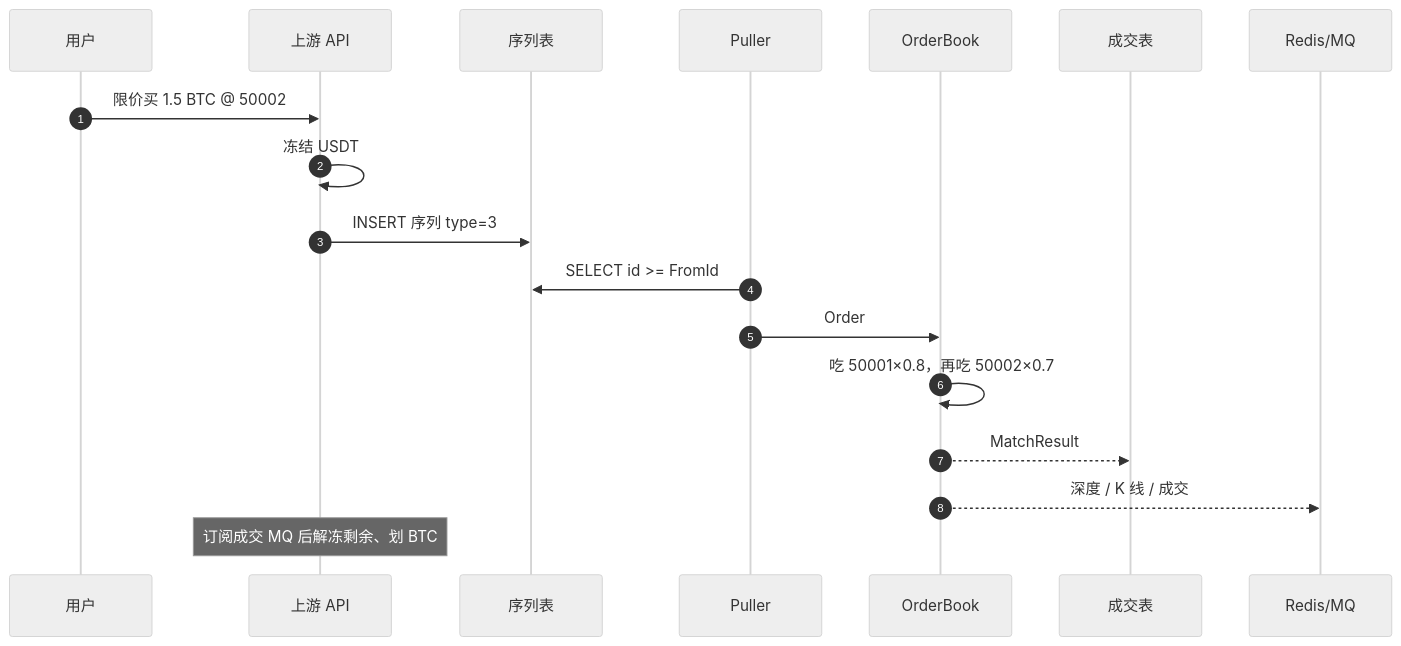
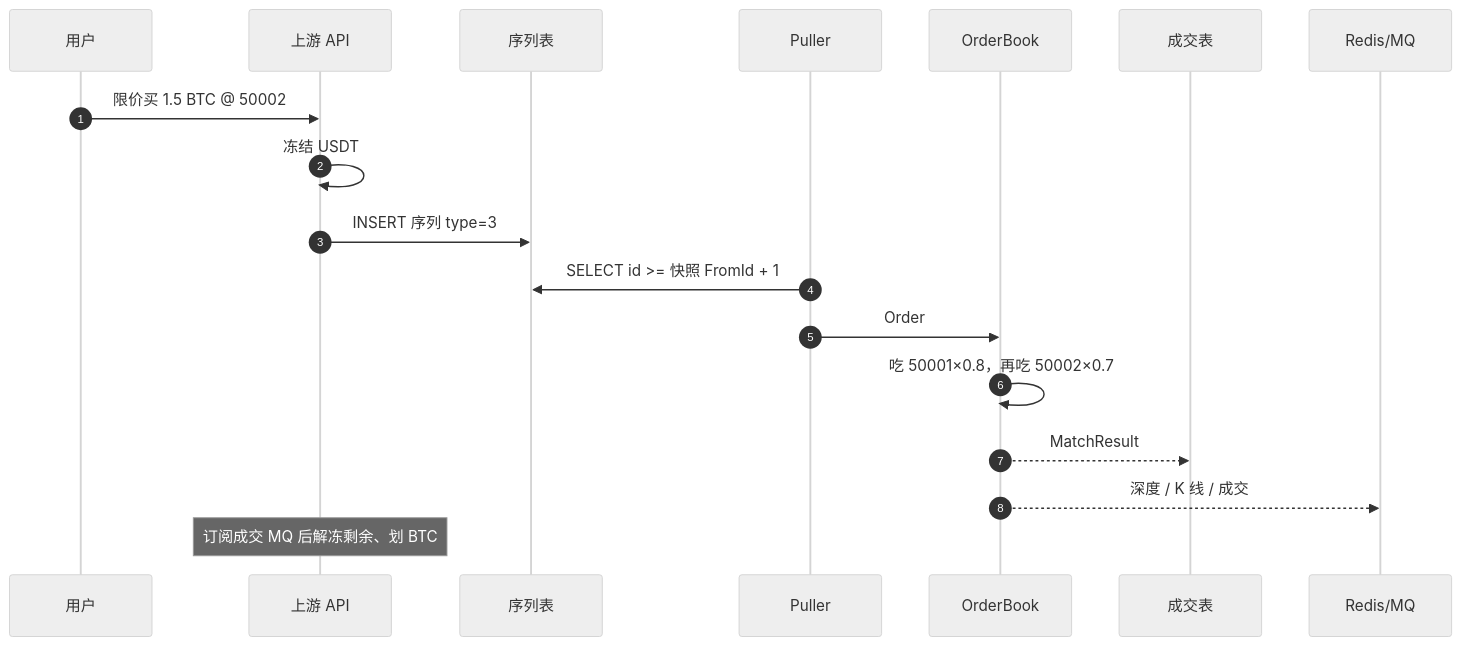
The second of 2 diagrams in 撮合引擎项目拆解文档.md (ustbmz/web3Homework), drawn with Mermaid (neutral theme) before and after one commit. The commit also changed other lines of this file and 1 other file, not shown here.

````diff
--- a/撮合引擎项目拆解文档.md
+++ b/撮合引擎项目拆解文档.md
@@ -261,21 +303,21 @@
 ```mermaid
 sequenceDiagram
     autonumber
     participant U as 用户
     participant API as 上游 API
     participant DB as 序列表
     participant P as Puller
     participant B as OrderBook
     participant Per as 成交表
     participant Q as Redis/MQ
 
     U->>API: 限价买 1.5 BTC @ 50002
     API->>API: 冻结 USDT
     API->>DB: INSERT 序列 type=3
-    P->>DB: SELECT id >= FromId
+    P->>DB: SELECT id >= 快照 FromId + 1
     P->>B: Order
     B->>B: 吃 50001×0.8，再吃 50002×0.7
     B-->>Per: MatchResult
     B-->>Q: 深度 / K 线 / 成交
     Note over API: 订阅成交 MQ 后解冻剩余、划 BTC
 ```
````
